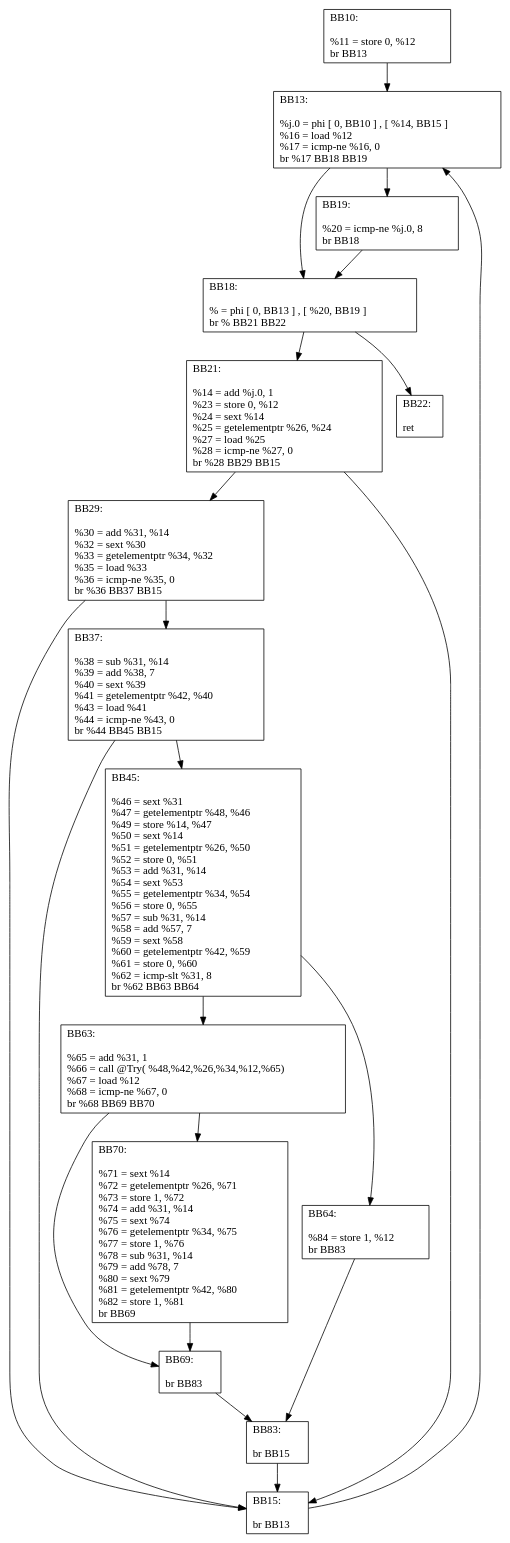
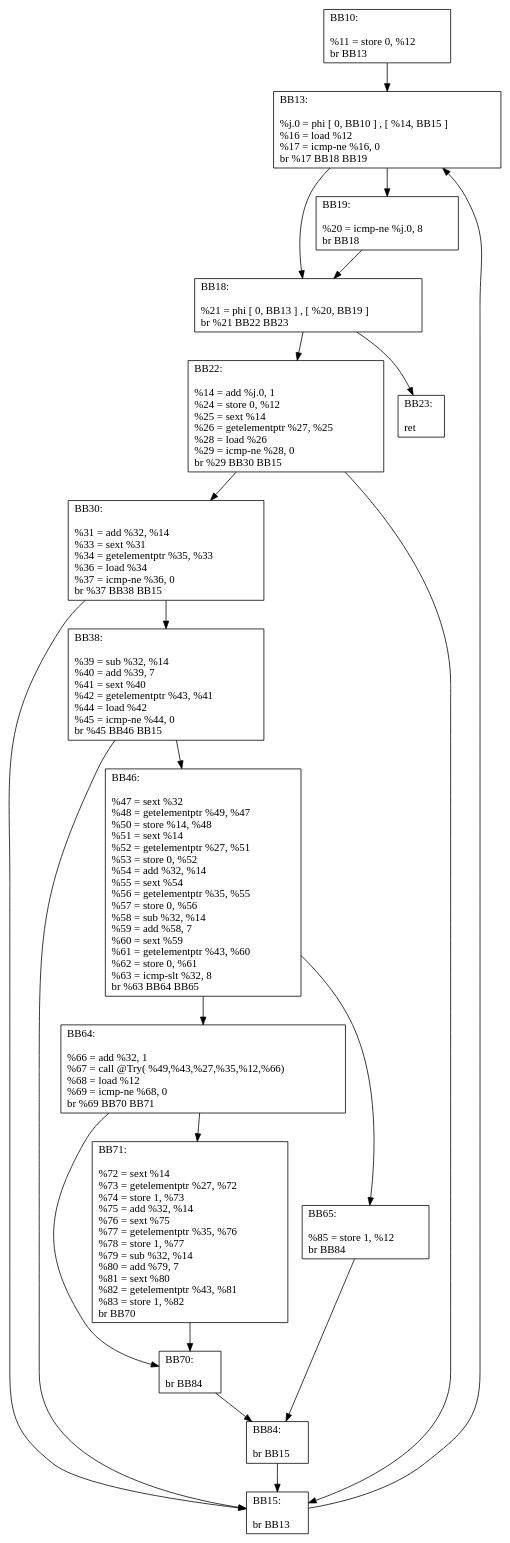
The diagram in src/dot_files/Queens/Try.dot (angelica-moreira/CfgGenerator), drawn with Graphviz before and after one commit. The commit also changed 83 other files, not shown here.

Commit message:
Updating the phi node label generator for the special case when it does not have name and updating the dot files

```diff
--- a/src/dot_files/Queens/Try.dot
+++ b/src/dot_files/Queens/Try.dot
@@ -1,139 +1,139 @@
 digraph "CFG for 'Try' function" {
 BB10 [shape=record,
     label="{BB10:\l\l
              %11 = store 0, %12\l
              br BB13\l
              }"];
 BB10 -> BB13
 BB13 [shape=record,
     label="{BB13:\l\l
              %j.0 = phi [ 0, BB10 ] , [ %14, BB15 ] \l
              %16 = load %12\l
              %17 = icmp-ne %16, 0\l
              br %17 BB18 BB19\l
              }"];
 BB13 -> BB18
 BB13 -> BB19
 BB19 [shape=record,
     label="{BB19:\l\l
              %20 = icmp-ne %j.0, 8\l
              br BB18\l
              }"];
 BB19 -> BB18
 BB18 [shape=record,
     label="{BB18:\l\l
-             % = phi [ 0, BB13 ] , [ %20, BB19 ] \l
-             br % BB21 BB22\l
+             %21 = phi [ 0, BB13 ] , [ %20, BB19 ] \l
+             br %21 BB22 BB23\l
              }"];
-BB18 -> BB21
 BB18 -> BB22
-BB21 [shape=record,
-    label="{BB21:\l\l
+BB18 -> BB23
+BB22 [shape=record,
+    label="{BB22:\l\l
              %14 = add %j.0, 1\l
-             %23 = store 0, %12\l
-             %24 = sext %14\l
-             %25 = getelementptr %26, %24\l
-             %27 = load %25\l
-             %28 = icmp-ne %27, 0\l
-             br %28 BB29 BB15\l
+             %24 = store 0, %12\l
+             %25 = sext %14\l
+             %26 = getelementptr %27, %25\l
+             %28 = load %26\l
+             %29 = icmp-ne %28, 0\l
+             br %29 BB30 BB15\l
              }"];
-BB21 -> BB29
-BB21 -> BB15
-BB29 [shape=record,
-    label="{BB29:\l\l
-             %30 = add %31, %14\l
-             %32 = sext %30\l
-             %33 = getelementptr %34, %32\l
-             %35 = load %33\l
-             %36 = icmp-ne %35, 0\l
-             br %36 BB37 BB15\l
+BB22 -> BB30
+BB22 -> BB15
+BB30 [shape=record,
+    label="{BB30:\l\l
+             %31 = add %32, %14\l
+             %33 = sext %31\l
+             %34 = getelementptr %35, %33\l
+             %36 = load %34\l
+             %37 = icmp-ne %36, 0\l
+             br %37 BB38 BB15\l
              }"];
-BB29 -> BB37
-BB29 -> BB15
-BB37 [shape=record,
-    label="{BB37:\l\l
-             %38 = sub %31, %14\l
-             %39 = add %38, 7\l
-             %40 = sext %39\l
-             %41 = getelementptr %42, %40\l
-             %43 = load %41\l
-             %44 = icmp-ne %43, 0\l
-             br %44 BB45 BB15\l
+BB30 -> BB38
+BB30 -> BB15
+BB38 [shape=record,
+    label="{BB38:\l\l
+             %39 = sub %32, %14\l
+             %40 = add %39, 7\l
+             %41 = sext %40\l
+             %42 = getelementptr %43, %41\l
+             %44 = load %42\l
+             %45 = icmp-ne %44, 0\l
+             br %45 BB46 BB15\l
              }"];
-BB37 -> BB45
-BB37 -> BB15
-BB45 [shape=record,
-    label="{BB45:\l\l
-             %46 = sext %31\l
-             %47 = getelementptr %48, %46\l
-             %49 = store %14, %47\l
-             %50 = sext %14\l
-             %51 = getelementptr %26, %50\l
-             %52 = store 0, %51\l
-             %53 = add %31, %14\l
-             %54 = sext %53\l
-             %55 = getelementptr %34, %54\l
-             %56 = store 0, %55\l
-             %57 = sub %31, %14\l
-             %58 = add %57, 7\l
-             %59 = sext %58\l
-             %60 = getelementptr %42, %59\l
-             %61 = store 0, %60\l
-             %62 = icmp-slt %31, 8\l
-             br %62 BB63 BB64\l
+BB38 -> BB46
+BB38 -> BB15
+BB46 [shape=record,
+    label="{BB46:\l\l
+             %47 = sext %32\l
+             %48 = getelementptr %49, %47\l
+             %50 = store %14, %48\l
+             %51 = sext %14\l
+             %52 = getelementptr %27, %51\l
+             %53 = store 0, %52\l
+             %54 = add %32, %14\l
+             %55 = sext %54\l
+             %56 = getelementptr %35, %55\l
+             %57 = store 0, %56\l
+             %58 = sub %32, %14\l
+             %59 = add %58, 7\l
+             %60 = sext %59\l
+             %61 = getelementptr %43, %60\l
+             %62 = store 0, %61\l
+             %63 = icmp-slt %32, 8\l
+             br %63 BB64 BB65\l
              }"];
-BB45 -> BB63
-BB45 -> BB64
-BB63 [shape=record,
-    label="{BB63:\l\l
-             %65 = add %31, 1\l
-             %66 = call @Try( %48,%42,%26,%34,%12,%65)\l
-             %67 = load %12\l
-             %68 = icmp-ne %67, 0\l
-             br %68 BB69 BB70\l
+BB46 -> BB64
+BB46 -> BB65
+BB64 [shape=record,
+    label="{BB64:\l\l
+             %66 = add %32, 1\l
+             %67 = call @Try( %49,%43,%27,%35,%12,%66)\l
+             %68 = load %12\l
+             %69 = icmp-ne %68, 0\l
+             br %69 BB70 BB71\l
              }"];
-BB63 -> BB69
-BB63 -> BB70
+BB64 -> BB70
+BB64 -> BB71
+BB71 [shape=record,
+    label="{BB71:\l\l
+             %72 = sext %14\l
+             %73 = getelementptr %27, %72\l
+             %74 = store 1, %73\l
+             %75 = add %32, %14\l
+             %76 = sext %75\l
+             %77 = getelementptr %35, %76\l
+             %78 = store 1, %77\l
+             %79 = sub %32, %14\l
+             %80 = add %79, 7\l
+             %81 = sext %80\l
+             %82 = getelementptr %43, %81\l
+             %83 = store 1, %82\l
+             br BB70\l
+             }"];
+BB71 -> BB70
 BB70 [shape=record,
     label="{BB70:\l\l
-             %71 = sext %14\l
-             %72 = getelementptr %26, %71\l
-             %73 = store 1, %72\l
-             %74 = add %31, %14\l
-             %75 = sext %74\l
-             %76 = getelementptr %34, %75\l
-             %77 = store 1, %76\l
-             %78 = sub %31, %14\l
-             %79 = add %78, 7\l
-             %80 = sext %79\l
-             %81 = getelementptr %42, %80\l
-             %82 = store 1, %81\l
-             br BB69\l
+             br BB84\l
              }"];
-BB70 -> BB69
-BB69 [shape=record,
-    label="{BB69:\l\l
-             br BB83\l
+BB70 -> BB84
+BB65 [shape=record,
+    label="{BB65:\l\l
+             %85 = store 1, %12\l
+             br BB84\l
              }"];
-BB69 -> BB83
-BB64 [shape=record,
-    label="{BB64:\l\l
-             %84 = store 1, %12\l
-             br BB83\l
-             }"];
-BB64 -> BB83
-BB83 [shape=record,
-    label="{BB83:\l\l
+BB65 -> BB84
+BB84 [shape=record,
+    label="{BB84:\l\l
              br BB15\l
              }"];
-BB83 -> BB15
+BB84 -> BB15
 BB15 [shape=record,
     label="{BB15:\l\l
              br BB13\l
              }"];
 BB15 -> BB13
-BB22 [shape=record,
-    label="{BB22:\l\l
+BB23 [shape=record,
+    label="{BB23:\l\l
              ret\l
              }"];
 }
```
